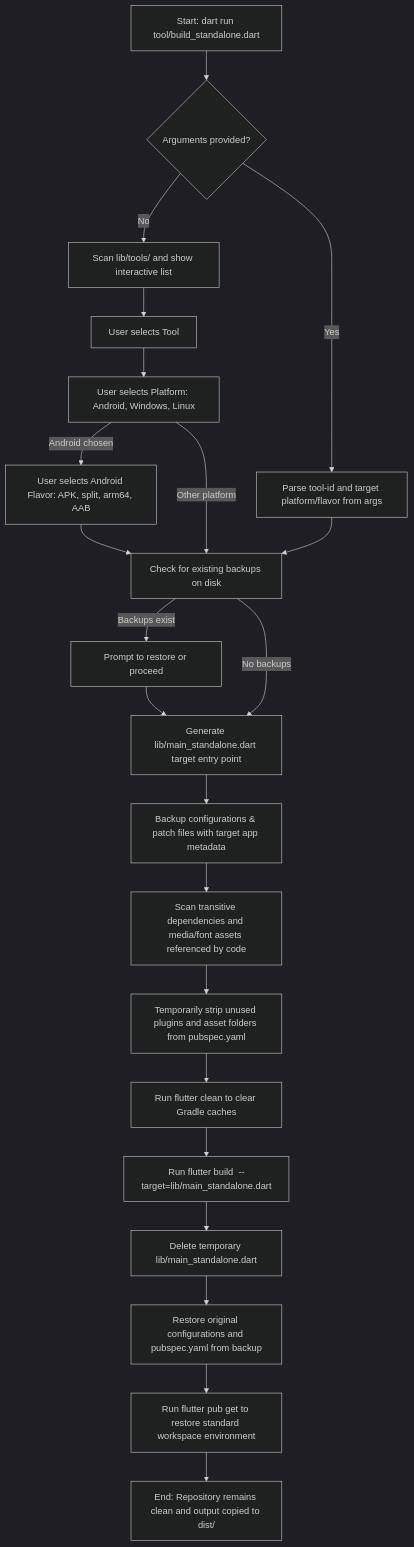
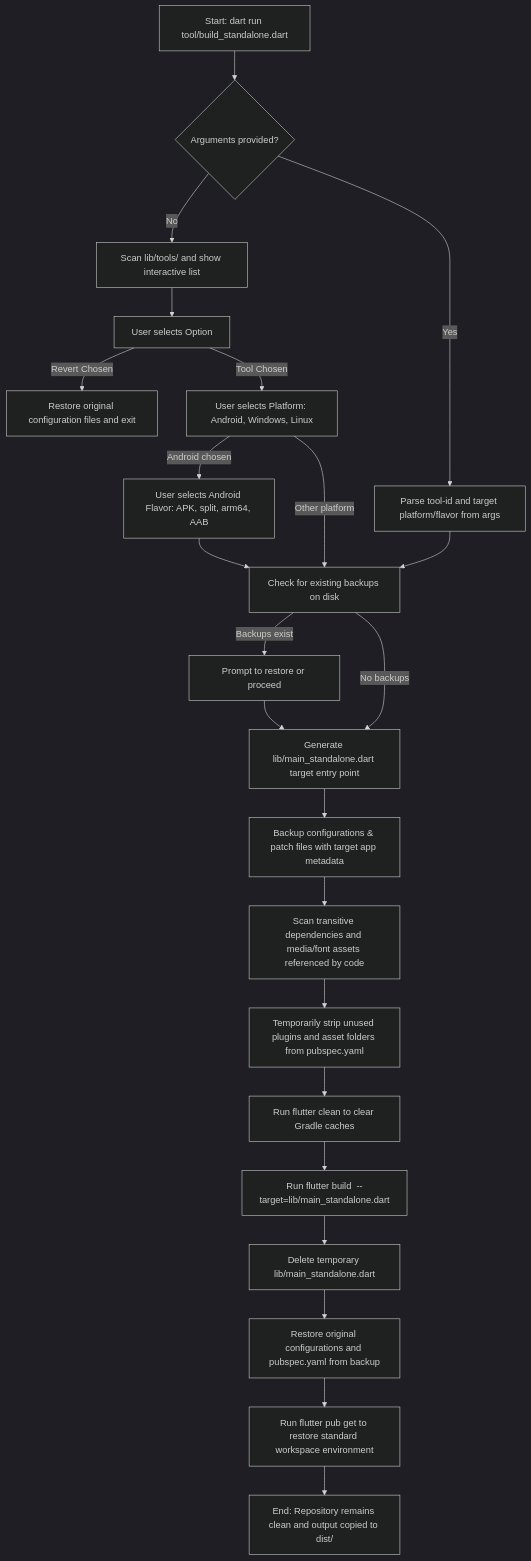
One commit to renierr/toollab changed the diagram in tool/standalone_builder/README.md. Above: the diagram before and after it, drawn with Mermaid (dark theme). The commit also changed other lines of this file and 2 other files, not shown here.

Commit message:
fix: Restore terminal echo on input failure and add workspace restore menu option

````diff
--- a/tool/standalone_builder/README.md
+++ b/tool/standalone_builder/README.md
@@ -11,30 +11,31 @@
 ```mermaid
 graph TD
     A[Start: dart run tool/build_standalone.dart] --> B{Arguments provided?}
     
     B -- No --> C[Scan lib/tools/ and show interactive list]
-    C --> D[User selects Tool]
-    D --> E[User selects Platform: Android, Windows, Linux]
+    C --> D[User selects Option]
+    D -- Revert Chosen --> D_REVERT[Restore original configuration files and exit]
+    D -- Tool Chosen --> E[User selects Platform: Android, Windows, Linux]
     E -- Android chosen --> E2[User selects Android Flavor: APK, split, arm64, AAB]
     
     B -- Yes --> F[Parse tool-id and target platform/flavor from args]
     
     E2 --> G[Check for existing backups on disk]
     E -- Other platform --> G
     F --> G
     
     G -- Backups exist --> H[Prompt to restore or proceed]
     H --> I[Generate lib/main_standalone.dart target entry point]
     G -- No backups --> I
     
     I --> J[Backup configurations & patch files with target app metadata]
     J --> K[Scan transitive dependencies and media/font assets referenced by code]
     K --> L[Temporarily strip unused plugins and asset folders from pubspec.yaml]
     L --> M[Run flutter clean to clear Gradle caches]
     M --> N[Run flutter build <platform> --target=lib/main_standalone.dart]
     
     N --> O[Delete temporary lib/main_standalone.dart]
     O --> P[Restore original configurations and pubspec.yaml from backup]
     P --> Q[Run flutter pub get to restore standard workspace environment]
     Q --> R[End: Repository remains clean and output copied to dist/]
 ```
````
